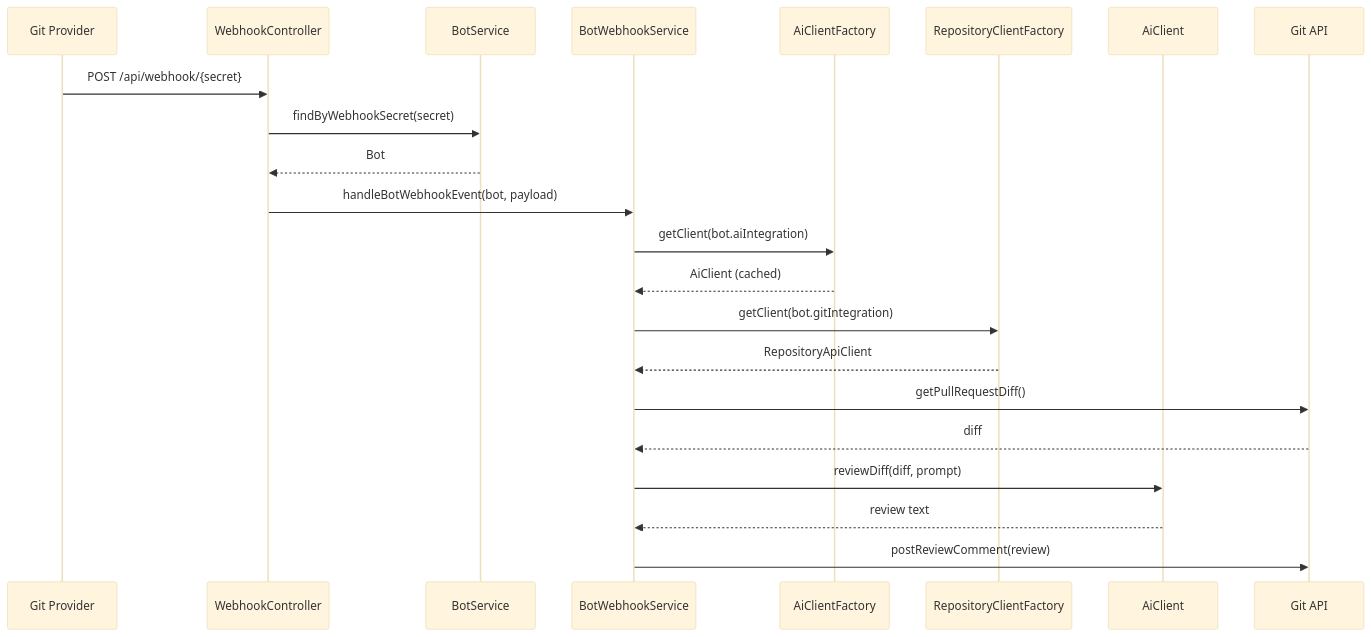
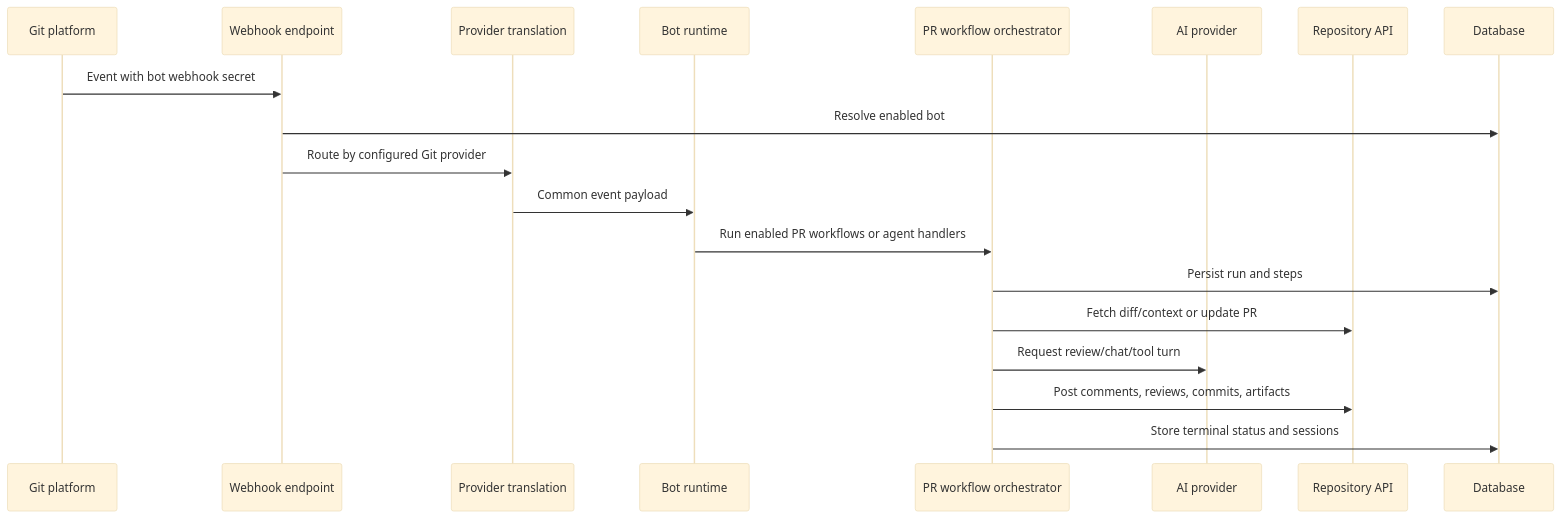
The second of 2 diagrams in doc/ARCHITECTURE.md (rmie/ai-git-bot), drawn with Mermaid (base theme) before and after one commit. The commit also changed other lines of this file and 20 other files, not shown here.

````diff
--- a/doc/ARCHITECTURE.md
+++ b/doc/ARCHITECTURE.md
@@ -631,25 +123,22 @@
 ```mermaid
 sequenceDiagram
-    participant Git as Git Provider
-    participant Controller as WebhookController
-    participant BotService
-    participant BotWebhook as BotWebhookService
-    participant AiFactory as AiClientFactory
-    participant RepoFactory as RepositoryClientFactory
-    participant AI as AiClient
-    participant GitAPI as Git API
+    participant Git as Git platform
+    participant Webhook as Webhook endpoint
+    participant Router as Provider translation
+    participant Bot as Bot runtime
+    participant WF as PR workflow orchestrator
+    participant AI as AI provider
+    participant Repo as Repository API
+    participant DB as Database
 
-    Git->>Controller: POST /api/webhook/{secret}
-    Controller->>BotService: findByWebhookSecret(secret)
-    BotService-->>Controller: Bot
-    Controller->>BotWebhook: handleBotWebhookEvent(bot, payload)
-    BotWebhook->>AiFactory: getClient(bot.aiIntegration)
-    AiFactory-->>BotWebhook: AiClient (cached)
-    BotWebhook->>RepoFactory: getClient(bot.gitIntegration)
-    RepoFactory-->>BotWebhook: RepositoryApiClient
-    BotWebhook->>GitAPI: getPullRequestDiff()
-    GitAPI-->>BotWebhook: diff
-    BotWebhook->>AI: reviewDiff(diff, prompt)
-    AI-->>BotWebhook: review text
-    BotWebhook->>GitAPI: postReviewComment(review)
+    Git->>Webhook: Event with bot webhook secret
+    Webhook->>DB: Resolve enabled bot
+    Webhook->>Router: Route by configured Git provider
+    Router->>Bot: Common event payload
+    Bot->>WF: Run enabled PR workflows or agent handlers
+    WF->>DB: Persist run and steps
+    WF->>Repo: Fetch diff/context or update PR
+    WF->>AI: Request review/chat/tool turn
+    WF->>Repo: Post comments, reviews, commits, artifacts
+    WF->>DB: Store terminal status and sessions
 ```
````
